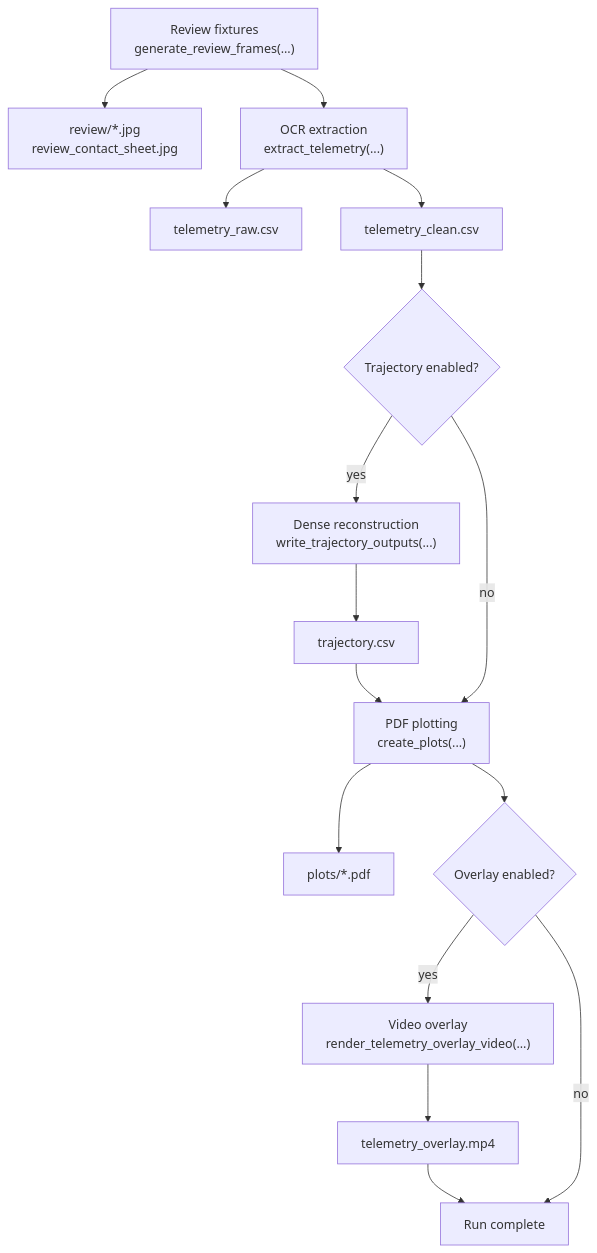
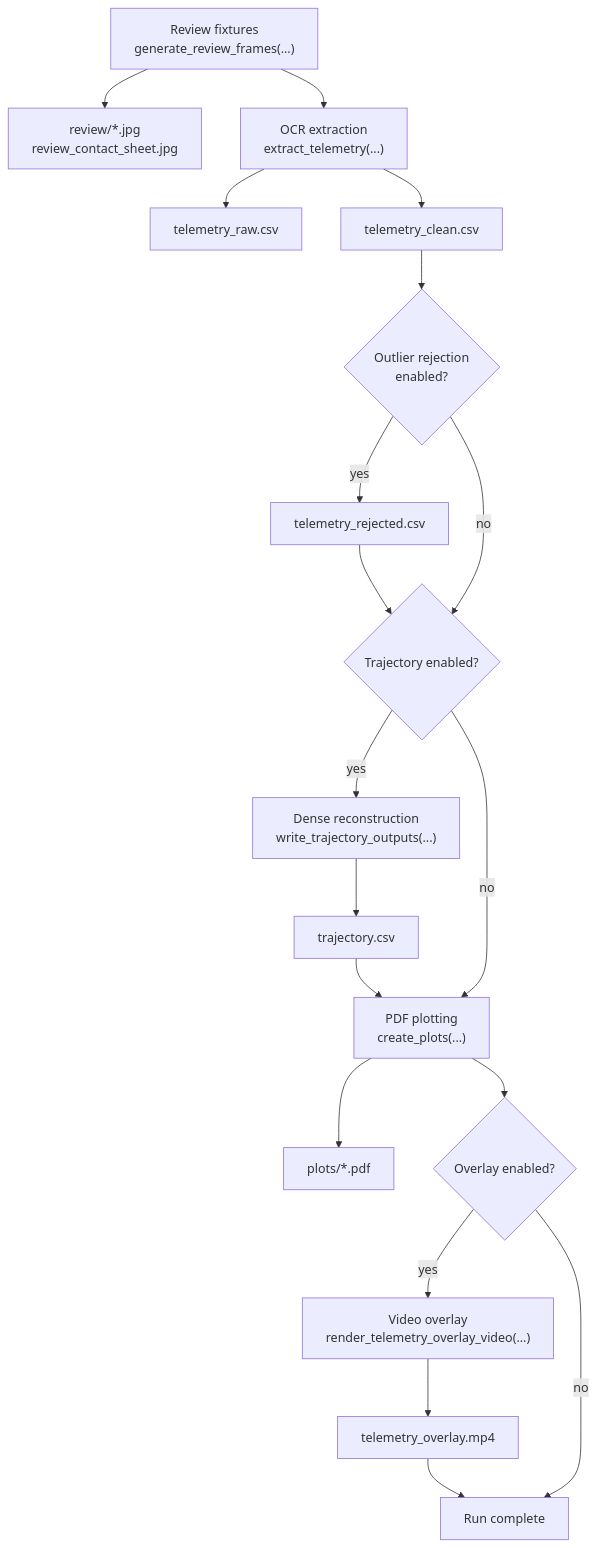
One commit to massimopiazza/webcalyzer changed the first of 4 diagrams in docs/internal/pipeline.md. Above: the diagram before and after it, drawn with Mermaid. The commit also changed other lines of this file and 19 other files, not shown here.

````diff
--- a/docs/internal/pipeline.md
+++ b/docs/internal/pipeline.md
@@ -9,28 +9,32 @@
 ```mermaid
 flowchart TD
   review["Review fixtures<br/>generate_review_frames(...)"]
   reviewFrames["review/*.jpg<br/>review_contact_sheet.jpg"]
   extract["OCR extraction<br/>extract_telemetry(...)"]
   raw["telemetry_raw.csv"]
   clean["telemetry_clean.csv"]
+  reject{"Outlier rejection<br/>enabled?"}
+  rejected["telemetry_rejected.csv"]
   trajectory{"Trajectory enabled?"}
   reconstruct["Dense reconstruction<br/>write_trajectory_outputs(...)"]
   trajectoryCsv["trajectory.csv"]
   plots["PDF plotting<br/>create_plots(...)"]
   plotFiles["plots/*.pdf"]
   overlay{"Overlay enabled?"}
   renderOverlay["Video overlay<br/>render_telemetry_overlay_video(...)"]
   overlayFile["telemetry_overlay.mp4"]
   complete["Run complete"]
 
   review --> reviewFrames
   review --> extract
   extract --> raw
-  extract --> clean --> trajectory
+  extract --> clean --> reject
+  reject -->|yes| rejected --> trajectory
+  reject -->|no| trajectory
   trajectory -->|yes| reconstruct --> trajectoryCsv --> plots
   trajectory -->|no| plots
   plots --> plotFiles
   plots --> overlay
   overlay -->|yes| renderOverlay --> overlayFile --> complete
   overlay -->|no| complete
 ```
````
